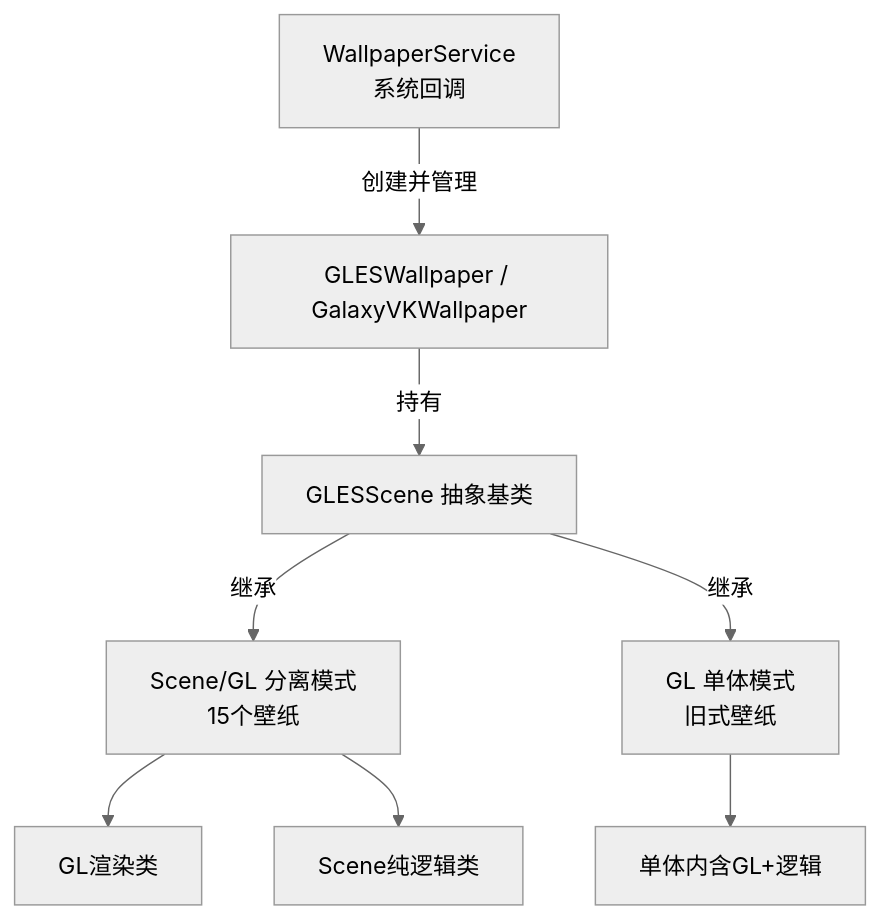
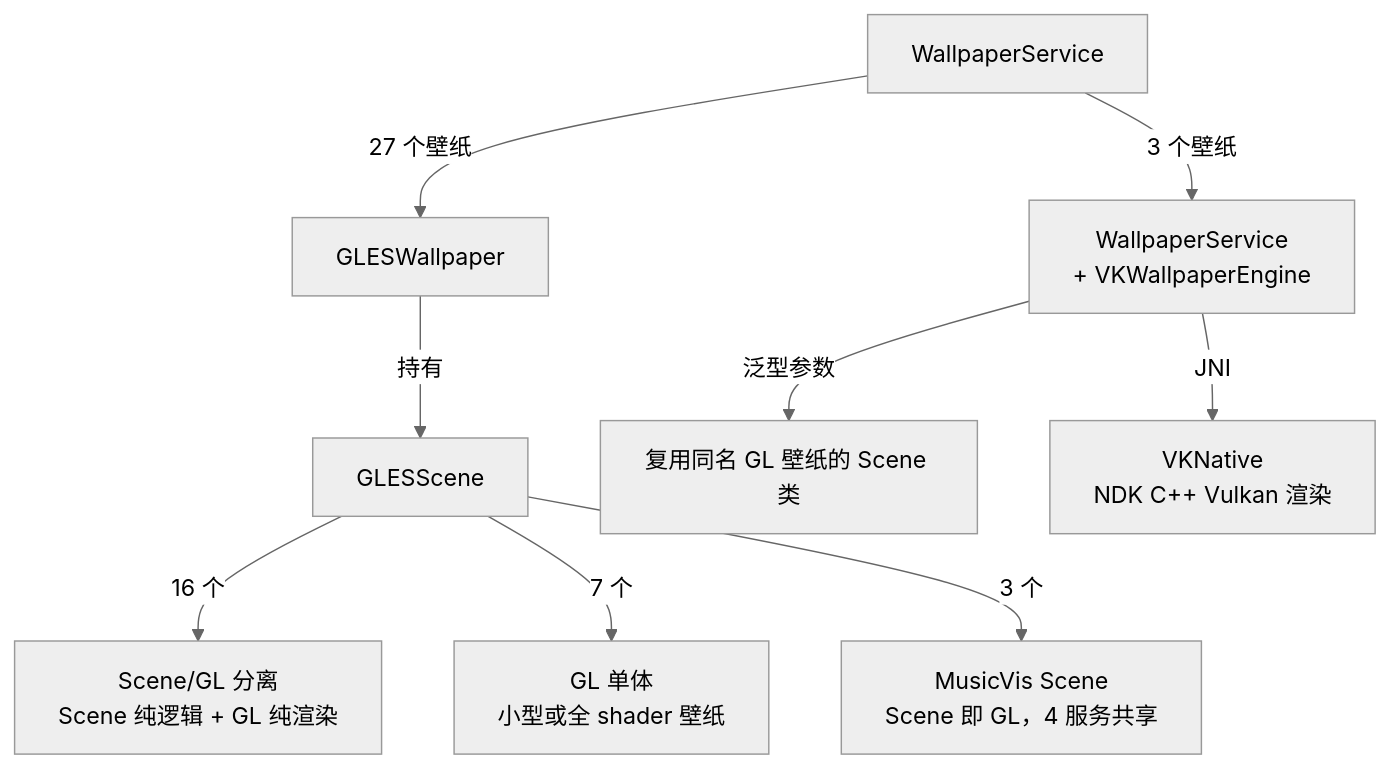
Before and after one commit to dynnbw/RE-Android-Live-Wallpapers: the first of 4 diagrams in README.md, drawn with Mermaid (neutral theme). The commit also changed other lines of this file, not shown here.

Commit message:
docs: Rewrite README with accurate architecture and full wallpaper catalog

````diff
--- a/README.md
+++ b/README.md
@@ -40,9 +55,15 @@
 ```mermaid
 graph TD
-    WS[WallpaperService<br/>系统回调] -->|创建并管理| GLW[GLESWallpaper / GalaxyVKWallpaper]
-    GLW -->|持有| Scene[GLESScene 抽象基类]
-    Scene -->|继承| TypeA[Scene/GL 分离模式<br/>15个壁纸]
-    Scene -->|继承| TypeB[GL 单体模式<br/>旧式壁纸]
-    TypeA --> GL[GL渲染类] & Logic[Scene纯逻辑类]
-    TypeB --> Mono[单体内含GL+逻辑]
+    WS[WallpaperService]
+
+    WS -->|27 个壁纸| GLW[GLESWallpaper]
+    WS -->|3 个壁纸| VKW[WallpaperService<br/>+ VKWallpaperEngine]
+
+    GLW -->|持有| GLS[GLESScene]
+    GLS -->|16 个| SPLIT[Scene/GL 分离<br/>Scene 纯逻辑 + GL 纯渲染]
+    GLS -->|7 个| MONO[GL 单体<br/>小型或全 shader 壁纸]
+    GLS -->|3 个| MV[MusicVis Scene<br/>Scene 即 GL，4 服务共享]
+
+    VKW -->|泛型参数| REUSE[复用同名 GL 壁纸的 Scene 类]
+    VKW -->|JNI| NATIVE[VKNative<br/>NDK C++ Vulkan 渲染]
 ```
````
